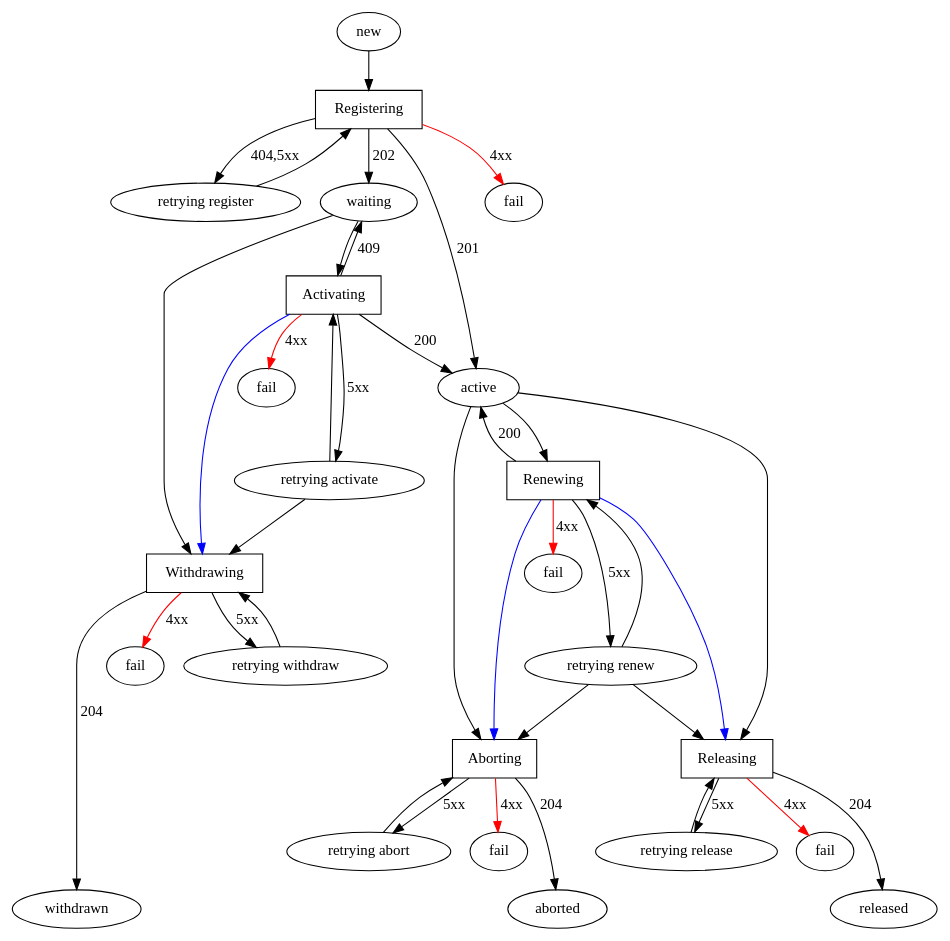
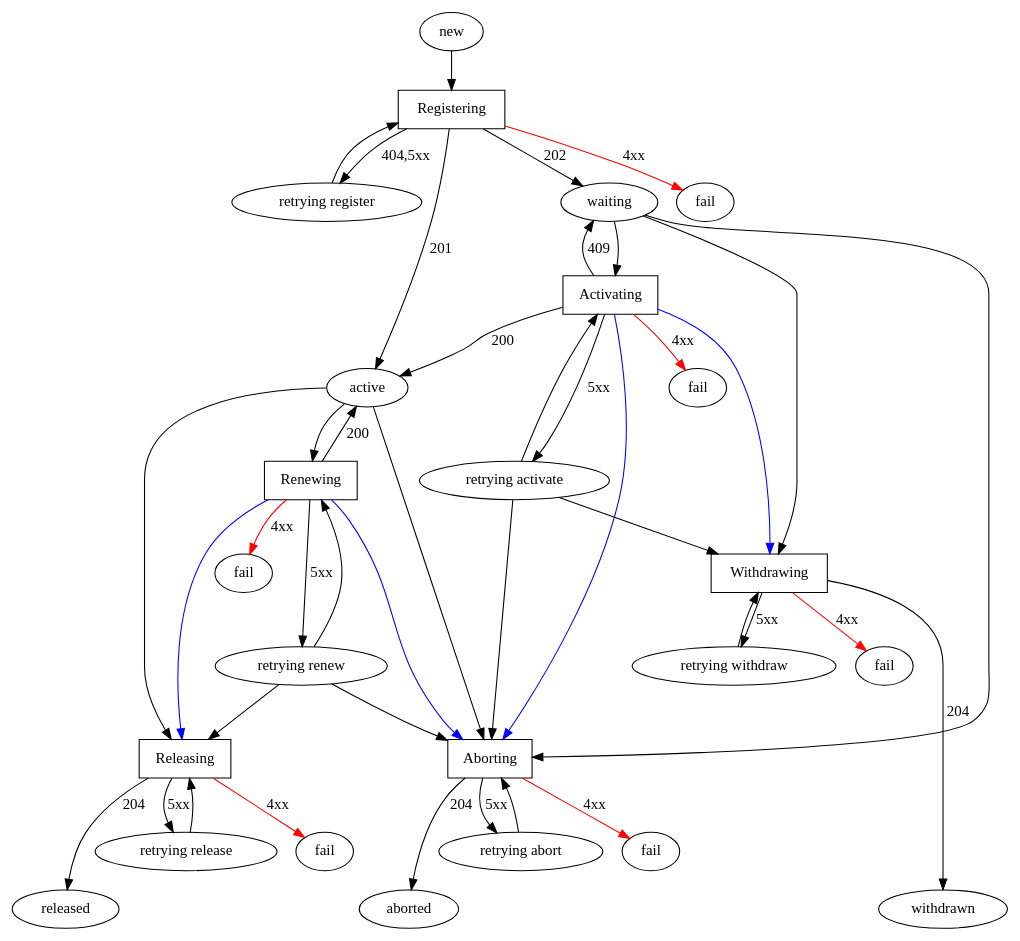
The diagram in docs/nessy-daemon-claim-state-machine.dot (genome/nessy-client-perl), drawn with Graphviz before and after one commit.

Commit message:
add missing abort transitions

```diff
--- a/docs/nessy-daemon-claim-state-machine.dot
+++ b/docs/nessy-daemon-claim-state-machine.dot
@@ -1,125 +1,129 @@
 digraph "nessy-daemon-claim-state-machine" {
     node [shape=oval]
     // Start state
     new
 
     // In progress states
     active
     waiting
 
     // Final states
     aborted
     released
     withdrawn
 
     // Failure states
     f_abort    [label="fail"]
     f_activate [label="fail"]
     f_register [label="fail"]
     f_release  [label="fail"]
     f_renew    [label="fail"]
     f_withdraw [label="fail"]
 
     // Retry states
     r_abort    [label="retrying abort"]
     r_activate [label="retrying activate"]
     r_register [label="retrying register"]
     r_release  [label="retrying release"]
     r_renew    [label="retrying renew"]
     r_withdraw [label="retrying withdraw"]
 
     // Action states
     node [shape=box]
     a_abort    [label="Aborting"]
     a_activate [label="Activating"]
     a_register [label="Registering"]
     a_release  [label="Releasing"]
     a_renew    [label="Renewing"]
     a_withdraw [label="Withdrawing"]
 
 
     // Paths from start node
     new -> a_register [color=black]
 
 
     // Paths away from a_register
     a_register -> active     [color=black label="201"]
     a_register -> waiting    [color=black label="202"]
 
     a_register -> r_register [color=black label="404,5xx"]
     r_register -> a_register [color=black]
 
     a_register -> f_register [color=red   label="4xx"]
 
 
     // Paths away from active
     active  -> a_renew   [color=black]
     a_renew -> active    [color=black label="200"]
     a_renew -> r_renew   [color=black label="5xx" minlen=2]
     r_renew -> a_renew   [color=black]
 
 
     a_renew -> f_renew   [color=red label="4xx"]
 
     active  -> a_abort   [color=black]
     a_renew -> a_abort   [color=blue]
     r_renew -> a_abort   [color=black]
 
     a_renew -> a_release [color=blue]
     r_renew -> a_release [color=black]
 
     active  -> a_release [color=black]
 
 
     // Paths away from waiting
     waiting    -> a_activate [color=black]
     a_activate -> waiting    [color=black label="409"]
     a_activate -> r_activate [color=black label="5xx" minlen=2]
     r_activate -> a_activate [color=black]
     a_activate -> active     [color=black label="200"]
 
 
     a_activate -> f_activate [color=red   label="4xx"]
 
     waiting    -> a_withdraw [color=black]
     a_activate -> a_withdraw [color=blue]
     r_activate -> a_withdraw [color=black]
 
+    waiting    -> a_abort    [color=black]
+    a_activate -> a_abort    [color=blue]
+    r_activate -> a_abort    [color=black]
+
 
     // Paths away from a_withdraw
     a_withdraw -> withdrawn  [color=black label="204"]
 
     a_withdraw -> r_withdraw [color=black label="5xx"]
     r_withdraw -> a_withdraw [color=black]
 
     a_withdraw -> f_withdraw [color=red   label="4xx"]
 
 
     // Paths away from a_release
     a_release -> released  [color=black label="204"]
 
     a_release -> r_release [color=black label="5xx"]
     r_release -> a_release [color=black]
 
     a_release -> f_release [color=red   label="4xx"]
 
     // Paths away from a_abort
     a_abort -> aborted [color=black label="204"]
     a_abort -> r_abort [color=black label="5xx"]
 
     r_abort -> a_abort [color=black]
     a_abort -> f_abort [color=red   label="4xx"]
 
     // Formatting
     {
         rank=source
         new
     }
 
     {
         rank=sink
         aborted
         released
         withdrawn
     }
 }
```
